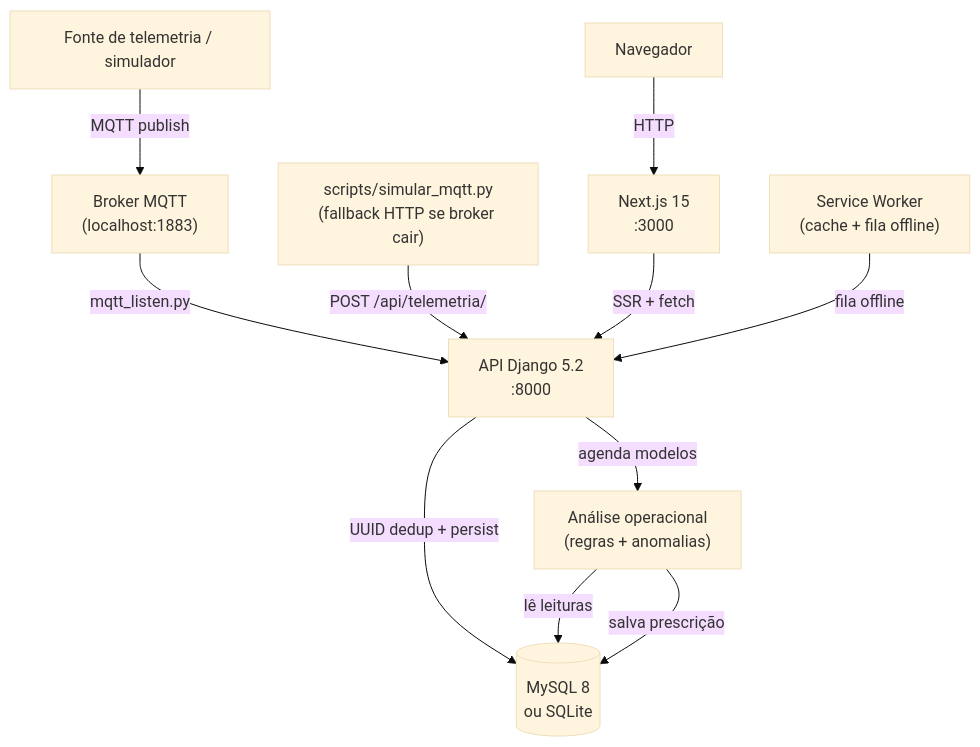
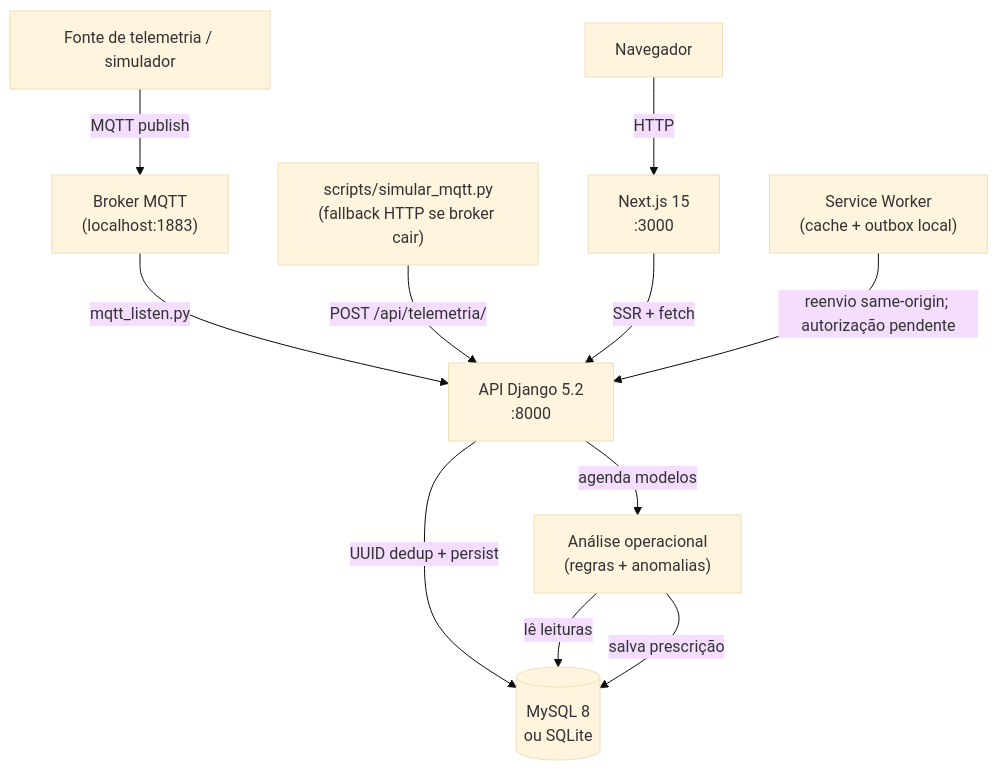
One commit to Desmantelar-bit/fieldnode changed the first of 3 diagrams in README.md. Above: the diagram before and after it, drawn with Mermaid (base theme). The commit also changed other lines of this file and 72 other files, not shown here.

````diff
--- a/README.md
+++ b/README.md
@@ -12,23 +12,23 @@
 ```mermaid
 graph TD
     SOURCE["Fonte de telemetria / simulador"]
     MQTT["Broker MQTT\n(localhost:1883)"]
     SIM["scripts/simular_mqtt.py\n(fallback HTTP se broker cair)"]
     API["API Django 5.2\n:8000"]
     DB[("MySQL 8\nou SQLite")]
     IA["Análise operacional\n(regras + anomalias)"]
     NEXT["Next.js 15\n:3000"]
-    SW["Service Worker\n(cache + fila offline)"]
+    SW["Service Worker\n(cache + outbox local)"]
     USER["Navegador"]
 
     SOURCE -->|"MQTT publish"| MQTT
     MQTT -->|"mqtt_listen.py"| API
     SIM -->|"POST /api/telemetria/"| API
     API -->|"UUID dedup + persist"| DB
     API -->|"agenda modelos"| IA
     IA -->|"lê leituras"| DB
     IA -->|"salva prescrição"| DB
     NEXT -->|"SSR + fetch"| API
     USER -->|"HTTP"| NEXT
-    SW -->|"fila offline"| API
+    SW -->|"reenvio same-origin; autorização pendente"| API
 ```
````
